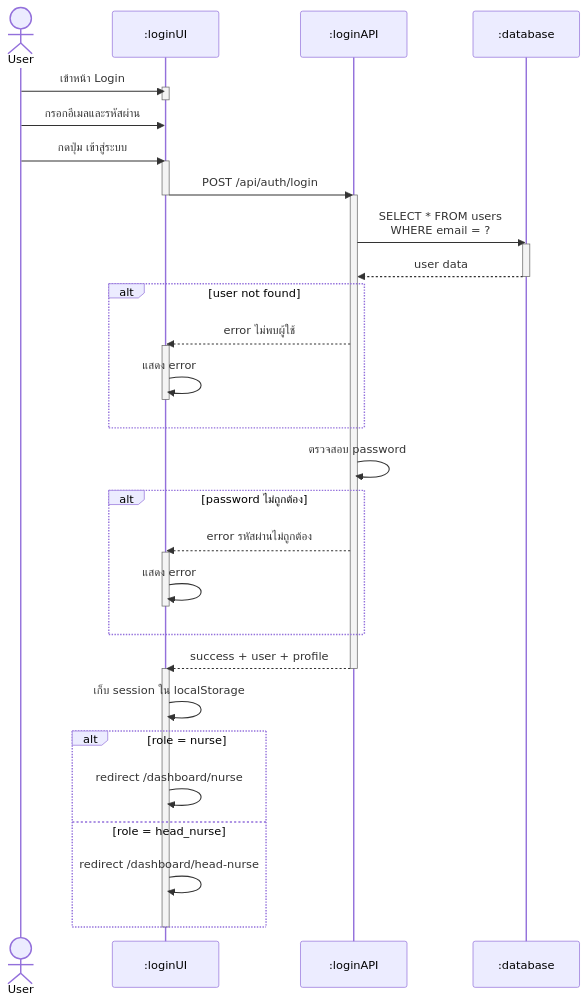
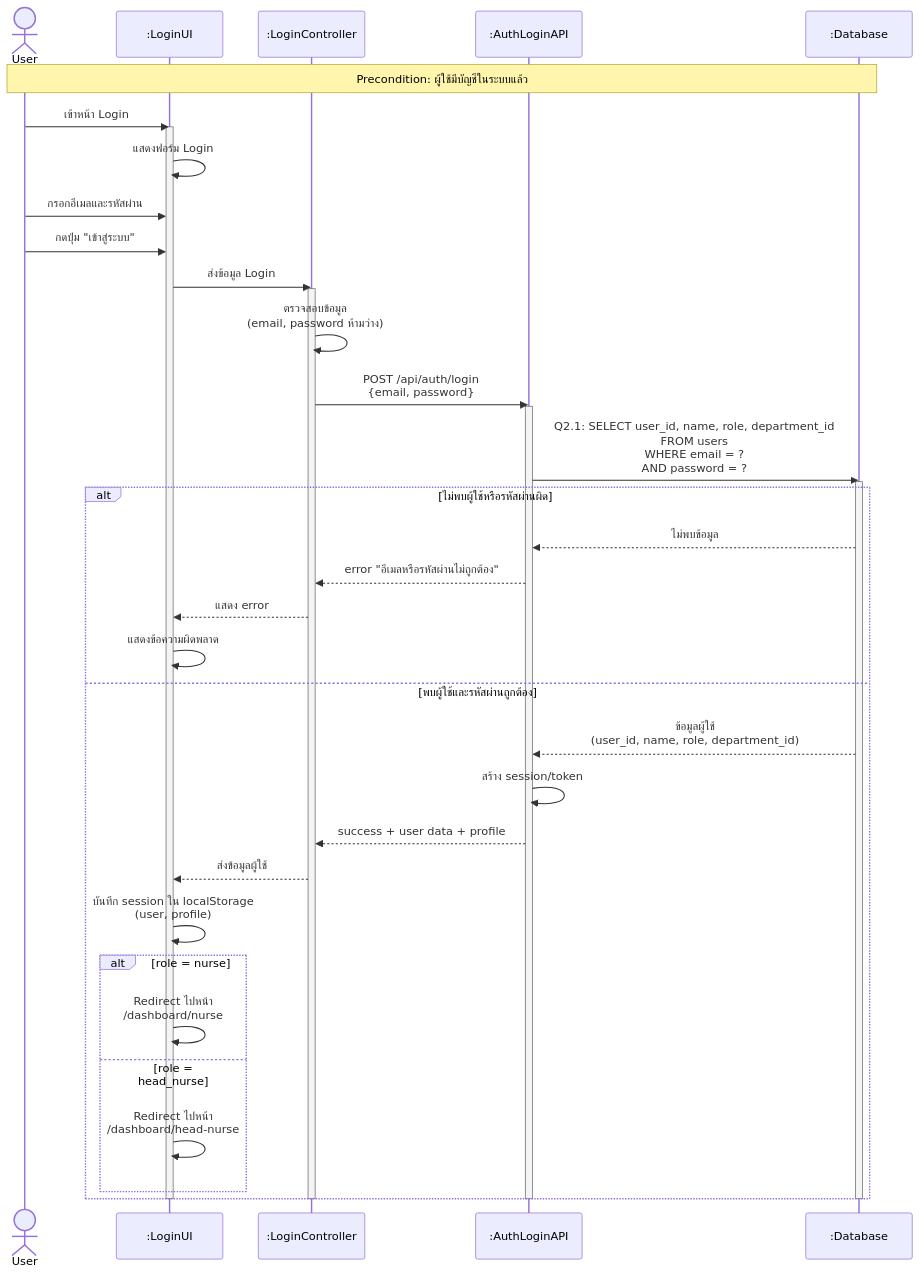
Before and after one commit to sa-project-2025/nurse-shift-system: the diagram in markdown/seq-diagram2.md, drawn with Mermaid. The commit also changed other lines of this file and 35 other files, not shown here.

````diff
--- a/markdown/seq-diagram2.md
+++ b/markdown/seq-diagram2.md
@@ -3,53 +3,55 @@
 ```mermaid
 sequenceDiagram
     actor User
-    participant UI as :loginUI
-    participant API as :loginAPI
-    participant DB as :database
+    participant UI as :LoginUI
+    participant Controller as :LoginController
+    participant API as :AuthLoginAPI
+    participant DB as :Database
+
+    Note over User,DB: Precondition: ผู้ใช้มีบัญชีในระบบแล้ว
 
     User->>UI: เข้าหน้า Login
     activate UI
-    deactivate UI
+    UI->>UI: แสดงฟอร์ม Login
 
     User->>UI: กรอกอีเมลและรหัสผ่าน
-    User->>UI: กดปุ่ม เข้าสู่ระบบ
 
-    activate UI
-    UI->>API: POST /api/auth/login
-    deactivate UI
+    User->>UI: กดปุ่ม "เข้าสู่ระบบ"
+    UI->>Controller: ส่งข้อมูล Login
+    activate Controller
+
+    Controller->>Controller: ตรวจสอบข้อมูล<br/>(email, password ห้ามว่าง)
+
+    Controller->>API: POST /api/auth/login<br/>{email, password}
     activate API
 
-    API->>DB: SELECT * FROM users<br/>WHERE email = ?
+    API->>DB: Q2.1: SELECT user_id, name, role, department_id<br/>FROM users<br/>WHERE email = ?<br/>AND password = ?
     activate DB
-    DB-->>API: user data
-    deactivate DB
 
-    alt user not found
-        API-->>UI: error ไม่พบผู้ใช้
-        activate UI
-        UI->>UI: แสดง error
-        deactivate UI
+    alt ไม่พบผู้ใช้หรือรหัสผ่านผิด
+        DB-->>API: ไม่พบข้อมูล
+        API-->>Controller: error "อีเมลหรือรหัสผ่านไม่ถูกต้อง"
+        Controller-->>UI: แสดง error
+        UI->>UI: แสดงข้อความผิดพลาด
+    else พบผู้ใช้และรหัสผ่านถูกต้อง
+        DB-->>API: ข้อมูลผู้ใช้<br/>(user_id, name, role, department_id)
+
+        API->>API: สร้าง session/token
+        API-->>Controller: success + user data + profile
+
+        Controller-->>UI: ส่งข้อมูลผู้ใช้
+
+        UI->>UI: บันทึก session ใน localStorage<br/>(user, profile)
+
+        alt role = nurse
+            UI->>UI: Redirect ไปหน้า<br/>/dashboard/nurse
+        else role = head_nurse
+            UI->>UI: Redirect ไปหน้า<br/>/dashboard/head-nurse
+        end
     end
 
-    API->>API: ตรวจสอบ password
-
-    alt password ไม่ถูกต้อง
-        API-->>UI: error รหัสผ่านไม่ถูกต้อง
-        activate UI
-        UI->>UI: แสดง error
-        deactivate UI
-    end
-
-    API-->>UI: success + user + profile
+    deactivate DB
     deactivate API
-
-    activate UI
-    UI->>UI: เก็บ session ใน localStorage
-
-    alt role = nurse
-        UI->>UI: redirect /dashboard/nurse
-    else role = head_nurse
-        UI->>UI: redirect /dashboard/head-nurse
-    end
+    deactivate Controller
     deactivate UI
 ```
````
